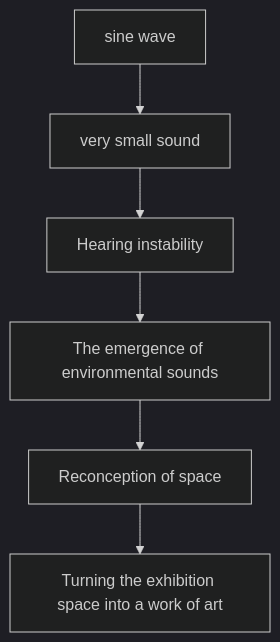
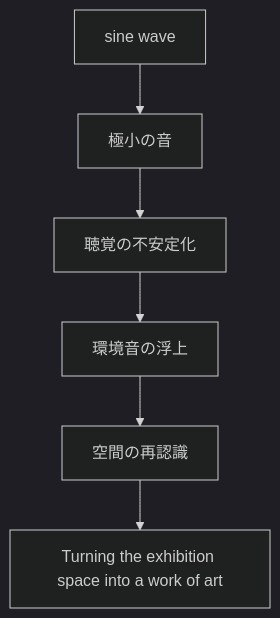
Before and after one commit to monumental-movement/monumental-movement.github.io: diagram 11 of 11 in en/_posts/2026-04-18-column-sachiko-m.md, drawn with Mermaid (dark theme). The commit also changed other lines of this file and 2196 other files, not shown here.

```diff
--- a/en/_posts/2026-04-18-column-sachiko-m.md
+++ b/en/_posts/2026-04-18-column-sachiko-m.md
@@ -457,8 +456,8 @@
 <div class="mermaid">
 flowchart TD
-    A[sine wave] --> B[very small sound]
-    B --> C[Hearing instability]
-    C --> D[The emergence of environmental sounds]
-    D --> E[Reconception of space]
+    A[sine wave] --> B[極小の音]
+    B --> C[聴覚の不安定化]
+    C --> D[環境音の浮上]
+    D --> E[空間の再認識]
     E --> F[Turning the exhibition space into a work of art]
 </div>
```
